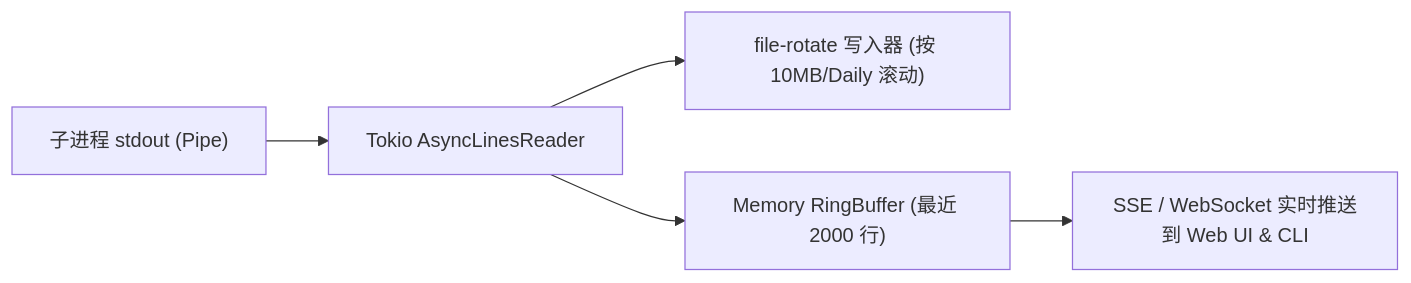
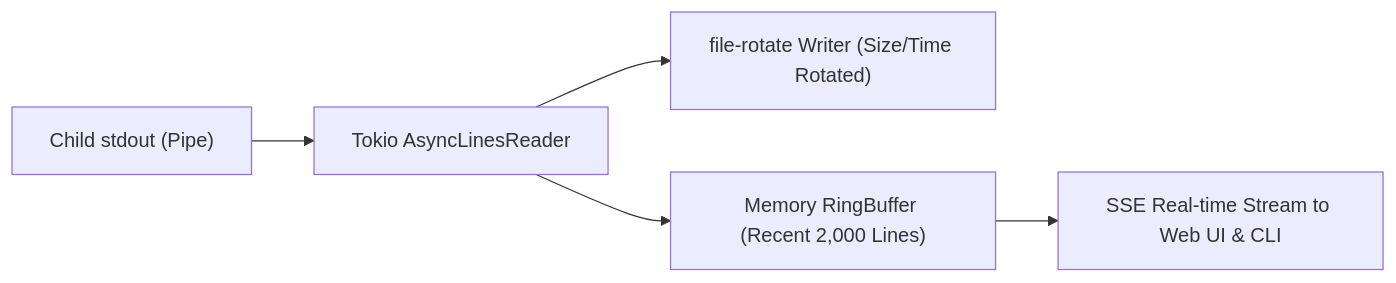
The fifth of 7 diagrams in docs/DESIGN.md (spritetong/rsupervisord), drawn with Mermaid before and after one commit. The commit also changed other lines of this file and 21 other files, not shown here.

````diff
--- a/docs/DESIGN.md
+++ b/docs/DESIGN.md
@@ -436,7 +424,7 @@
 ```mermaid
 flowchart LR
-    ChildStdout["子进程 stdout (Pipe)"] --> AsyncReader["Tokio AsyncLinesReader"]
-    AsyncReader --> Appender["file-rotate 写入器 (按 10MB/Daily 滚动)"]
-    AsyncReader --> RingBuffer["Memory RingBuffer (最近 2000 行)"]
-    RingBuffer --> SSE["SSE / WebSocket 实时推送到 Web UI & CLI"]
+    ChildStdout["Child stdout (Pipe)"] --> AsyncReader["Tokio AsyncLinesReader"]
+    AsyncReader --> Appender["file-rotate Writer (Size/Time Rotated)"]
+    AsyncReader --> RingBuffer["Memory RingBuffer (Recent 2,000 Lines)"]
+    RingBuffer --> SSE["SSE Real-time Stream to Web UI & CLI"]
 ```
````
